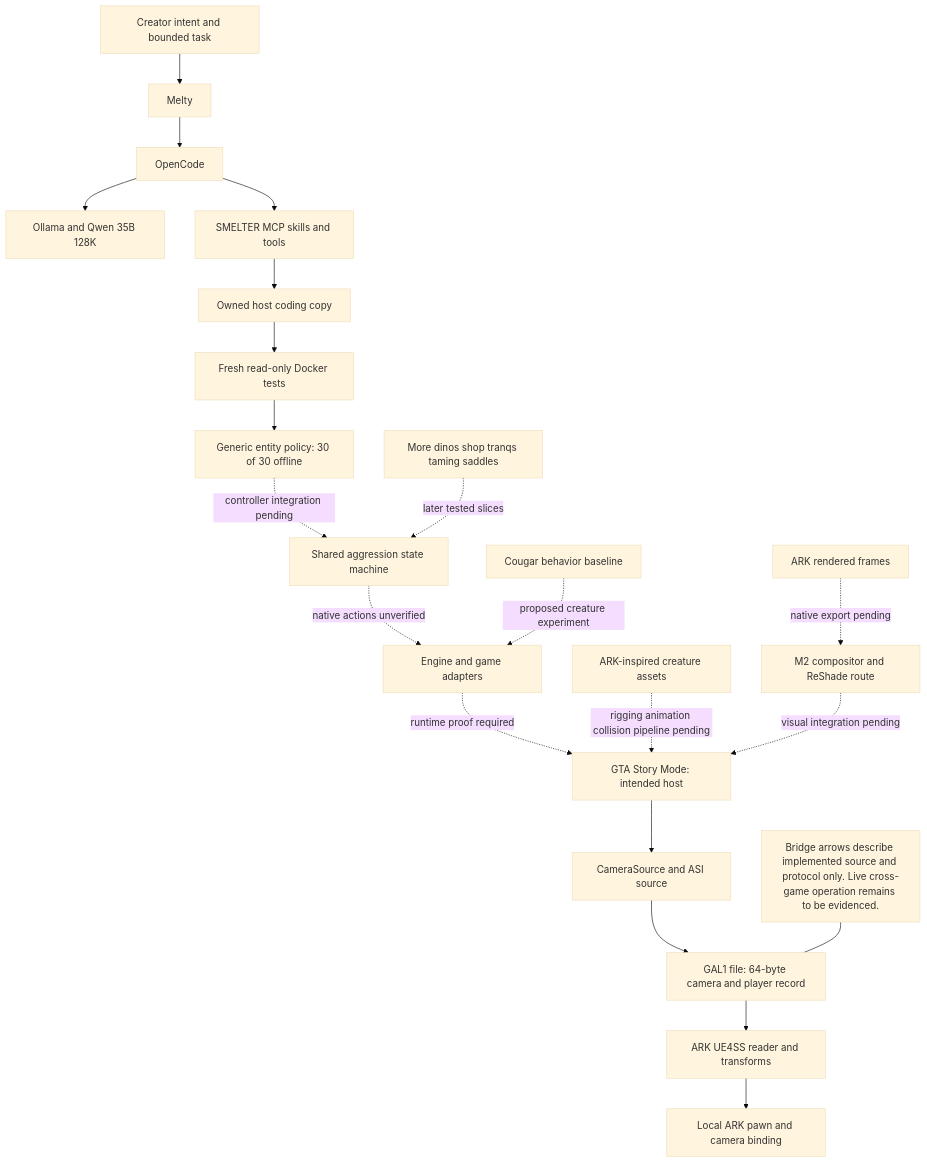
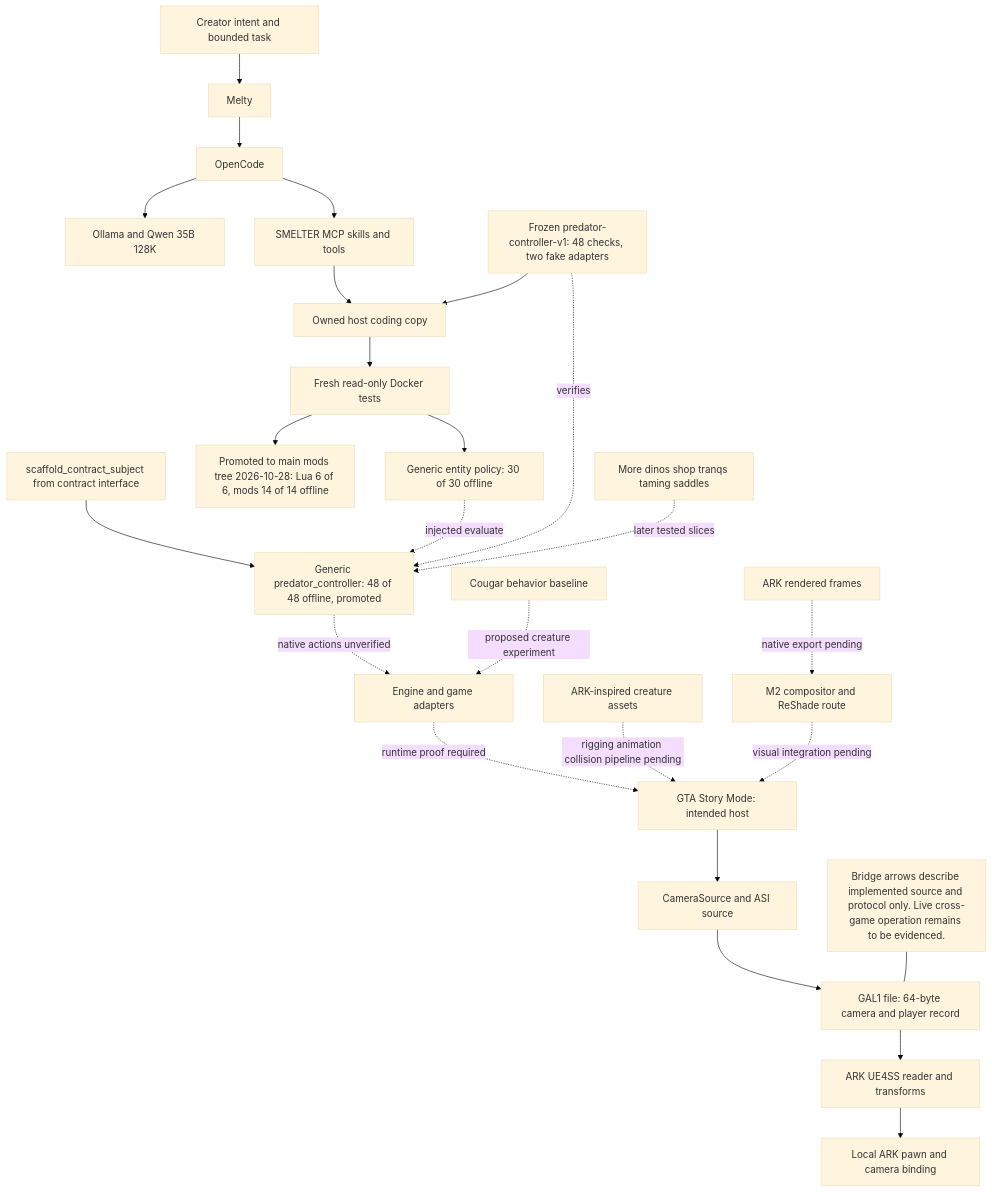
The diagram in docs/diagrams/gta-ark-mashup.mmd (Dr-Dark92/SMELTER), drawn with Mermaid (base theme) before and after one commit. The commit also changed 38 other files, not shown here.

```diff
--- a/docs/diagrams/gta-ark-mashup.mmd
+++ b/docs/diagrams/gta-ark-mashup.mmd
@@ -1,25 +1,29 @@
 flowchart TD
   USER[Creator intent and bounded task] --> MELTY[Melty]
   MELTY --> OC[OpenCode]
   OC --> QWEN[Ollama and Qwen 35B 128K]
   OC --> MCP[SMELTER MCP skills and tools]
   MCP --> COPY[Owned host coding copy]
   COPY --> TEST[Fresh read-only Docker tests]
   TEST --> POLICY[Generic entity policy: 30 of 30 offline]
 
   GTA[GTA Story Mode: intended host] --> ASI[CameraSource and ASI source]
   ASI --> FILE[GAL1 file: 64-byte camera and player record]
   FILE --> READER[ARK UE4SS reader and transforms]
   READER --> VIEW[Local ARK pawn and camera binding]
 
-  POLICY -. controller integration pending .-> CTRL[Shared aggression state machine]
+  TEST --> PROD[Promoted to main mods tree 2026-10-28: Lua 6 of 6, mods 14 of 14 offline]
+  FROZEN[Frozen predator-controller-v1: 48 checks, two fake adapters] --> COPY
+  SCAFFOLD[scaffold_contract_subject from contract interface] --> CTRL
+  POLICY -. injected evaluate .-> CTRL[Generic predator_controller: 48 of 48 offline, promoted]
+  FROZEN -. verifies .-> CTRL
   CTRL -. native actions unverified .-> ADAPTER[Engine and game adapters]
   ADAPTER -. runtime proof required .-> GTA
   COUGAR[Cougar behavior baseline] -. proposed creature experiment .-> ADAPTER
   ASSETS[ARK-inspired creature assets] -. rigging animation collision pipeline pending .-> GTA
   ARK[ARK rendered frames] -. native export pending .-> COMP[M2 compositor and ReShade route]
   COMP -. visual integration pending .-> GTA
   GAMEPLAY[More dinos shop tranqs taming saddles] -. later tested slices .-> CTRL
 
   NOTE[Bridge arrows describe implemented source and protocol only. Live cross-game operation remains to be evidenced.]
   NOTE --- FILE
```
